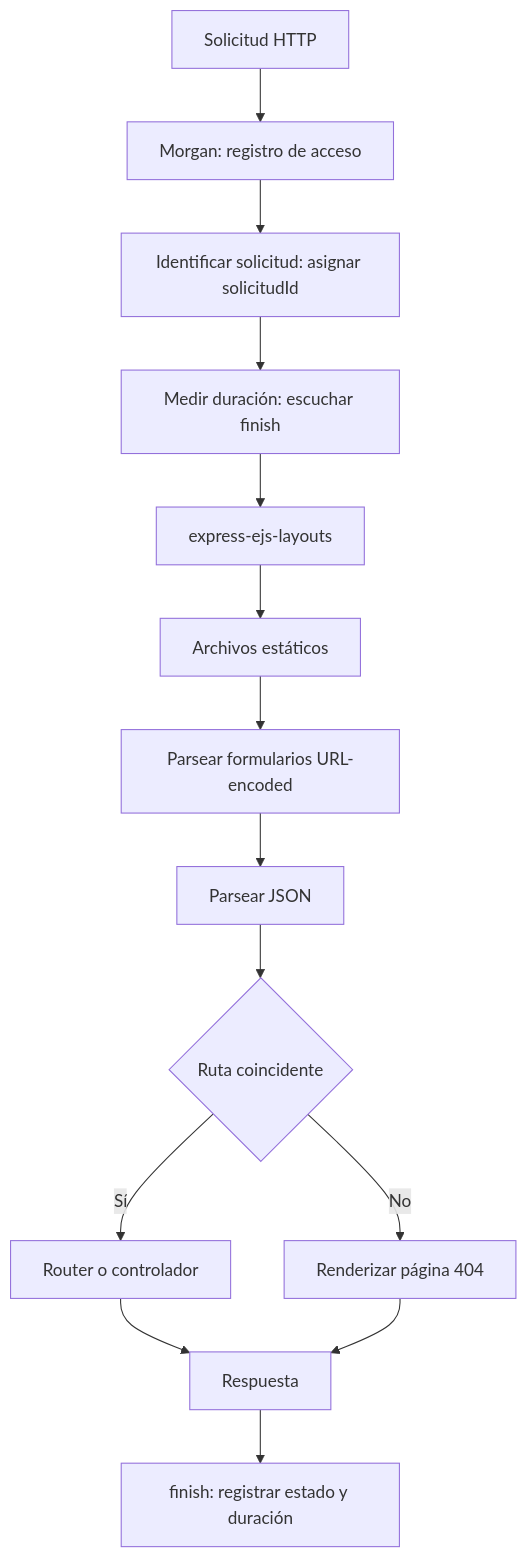
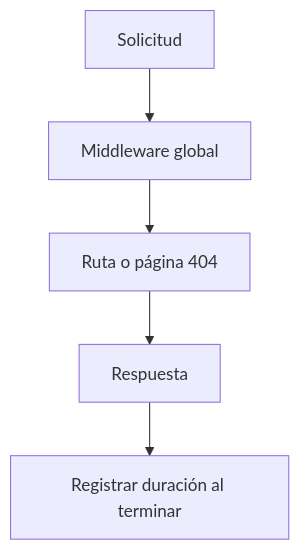
Before and after one commit to canayorui/NODOtp5-Pipeline-de-middleware-en-Express: the first of 2 diagrams in README.md, drawn with Mermaid. The commit also changed other lines of this file, not shown here.

Commit message:
graficos mas sencillos

````diff
--- a/README.md
+++ b/README.md
@@ -46,16 +46,7 @@
 ```mermaid
 flowchart TD
-    A[Solicitud HTTP] --> B[Morgan: registro de acceso]
-    B --> C[Identificar solicitud: asignar solicitudId]
-    C --> D[Medir duración: escuchar finish]
-    D --> E[express-ejs-layouts]
-    E --> F[Archivos estáticos]
-    F --> G[Parsear formularios URL-encoded]
-    G --> H[Parsear JSON]
-    H --> I{Ruta coincidente}
-    I -->|Sí| J[Router o controlador]
-    I -->|No| K[Renderizar página 404]
-    J --> L[Respuesta]
-    K --> L
-    L --> M[finish: registrar estado y duración]
+    A[Solicitud] --> B[Middleware global]
+    B --> C[Ruta o página 404]
+    C --> D[Respuesta]
+    D --> E[Registrar duración al terminar]
 ```
````
